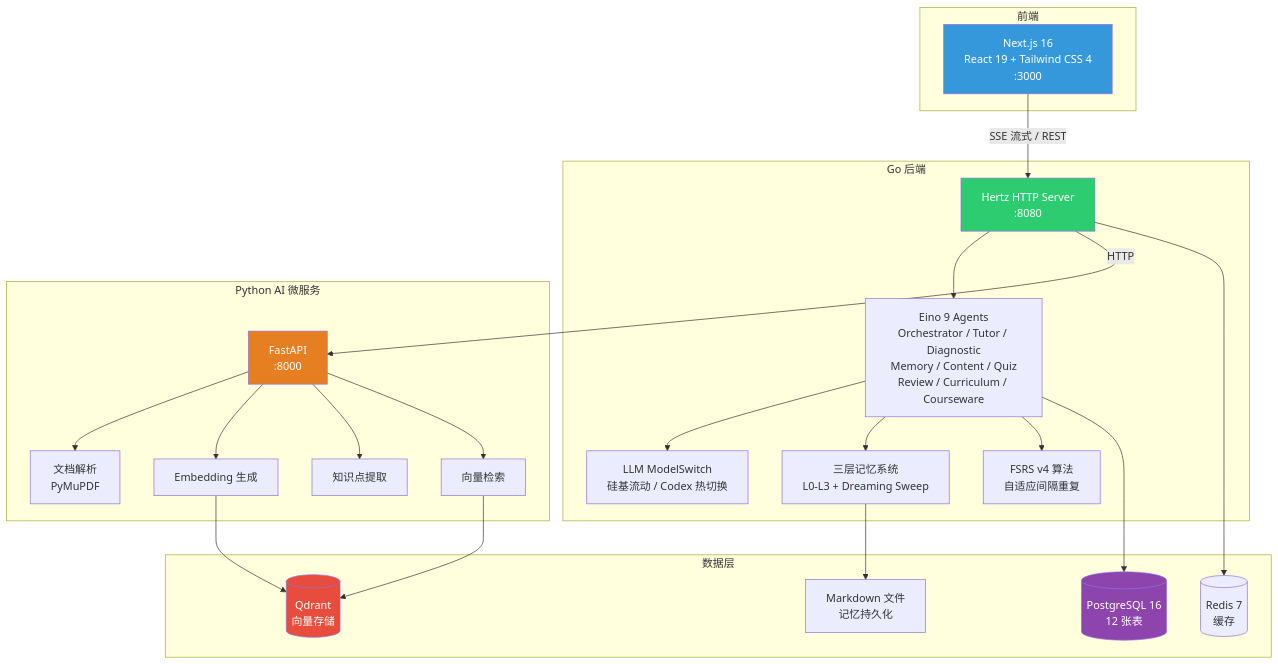
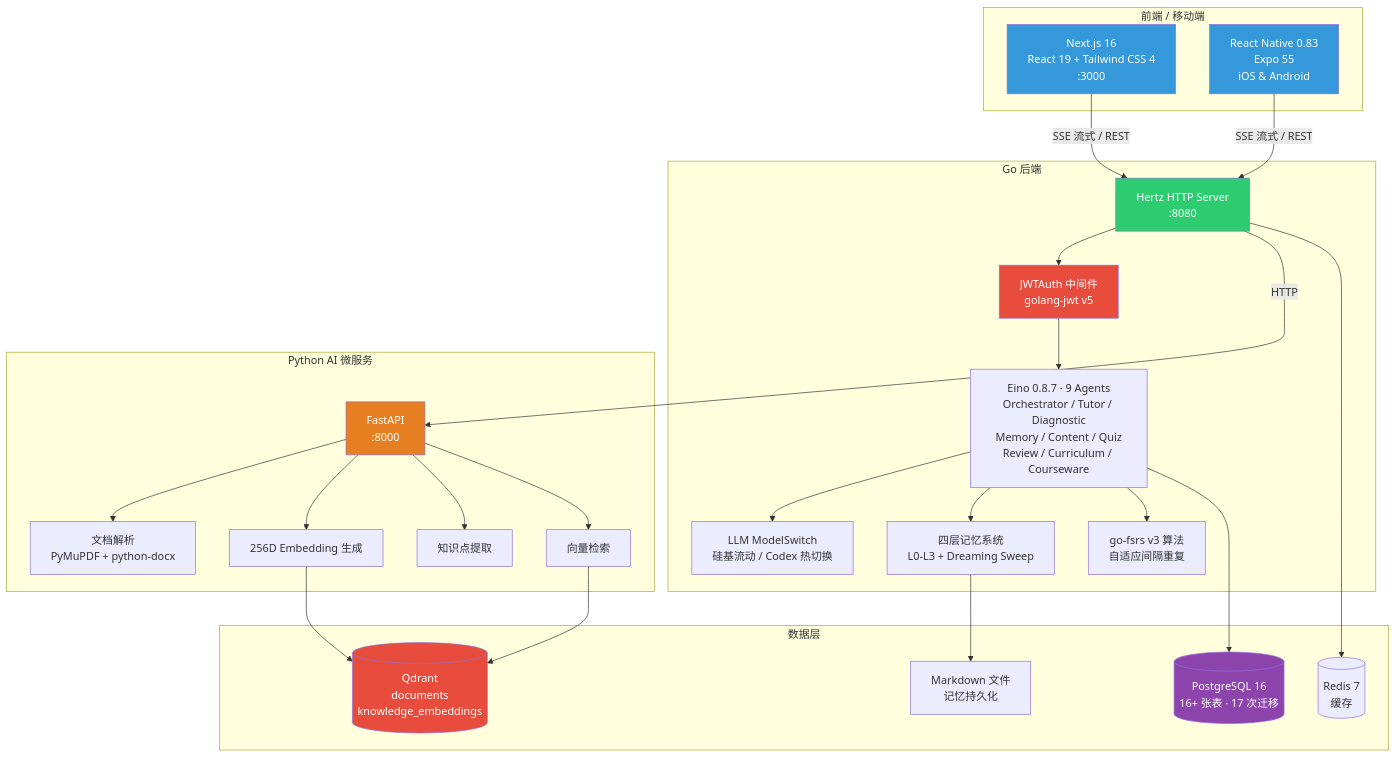
The eighth of 10 diagrams in README.md (nothasson/MindFlow), drawn with Mermaid before and after one commit. The commit also changed other lines of this file, not shown here.

````diff
--- a/README.md
+++ b/README.md
@@ -455,52 +532,58 @@
 ```mermaid
 graph TB
-    subgraph 前端
+    subgraph 前端 / 移动端
         FE[Next.js 16<br/>React 19 + Tailwind CSS 4<br/>:3000]
+        Mobile[React Native 0.83<br/>Expo 55<br/>iOS & Android]
     end
 
     subgraph Go 后端
         Hertz[Hertz HTTP Server<br/>:8080]
-        Agents[Eino 9 Agents<br/>Orchestrator / Tutor / Diagnostic<br/>Memory / Content / Quiz<br/>Review / Curriculum / Courseware]
+        JWT[JWTAuth 中间件<br/>golang-jwt v5]
+        Agents[Eino 0.8.7 · 9 Agents<br/>Orchestrator / Tutor / Diagnostic<br/>Memory / Content / Quiz<br/>Review / Curriculum / Courseware]
         LLM[LLM ModelSwitch<br/>硅基流动 / Codex 热切换]
-        MemSys[三层记忆系统<br/>L0-L3 + Dreaming Sweep]
-        FSRS[FSRS v4 算法<br/>自适应间隔重复]
+        MemSys[四层记忆系统<br/>L0-L3 + Dreaming Sweep]
+        FSRS[go-fsrs v3 算法<br/>自适应间隔重复]
     end
 
     subgraph Python AI 微服务
         FastAPI[FastAPI<br/>:8000]
-        Parse[文档解析<br/>PyMuPDF]
-        Embed[Embedding 生成]
+        Parse[文档解析<br/>PyMuPDF + python-docx]
+        Embed[256D Embedding 生成]
         Extract[知识点提取]
         Search[向量检索]
     end
 
     subgraph 数据层
-        PG[(PostgreSQL 16<br/>12 张表)]
-        QD[(Qdrant<br/>向量存储)]
+        PG[(PostgreSQL 16<br/>16+ 张表 · 17 次迁移)]
+        QD[(Qdrant<br/>documents<br/>knowledge_embeddings)]
         RD[(Redis 7<br/>缓存)]
         MD[Markdown 文件<br/>记忆持久化]
     end
 
     FE -->|SSE 流式 / REST| Hertz
-    Hertz --> Agents
+    Mobile -->|SSE 流式 / REST| Hertz
+    Hertz --> JWT
+    JWT --> Agents
     Agents --> LLM
     Agents --> MemSys
     Agents --> FSRS
     Hertz -->|HTTP| FastAPI
     FastAPI --> Parse
     FastAPI --> Embed
     FastAPI --> Extract
     FastAPI --> Search
 
     Agents --> PG
     MemSys --> MD
     Search --> QD
     Embed --> QD
     Hertz --> RD
 
     style FE fill:#3498DB,color:#fff
+    style Mobile fill:#3498DB,color:#fff
     style Hertz fill:#2ECC71,color:#fff
     style FastAPI fill:#E67E22,color:#fff
     style PG fill:#8E44AD,color:#fff
     style QD fill:#E74C3C,color:#fff
+    style JWT fill:#E74C3C,color:#fff
 ```
````
